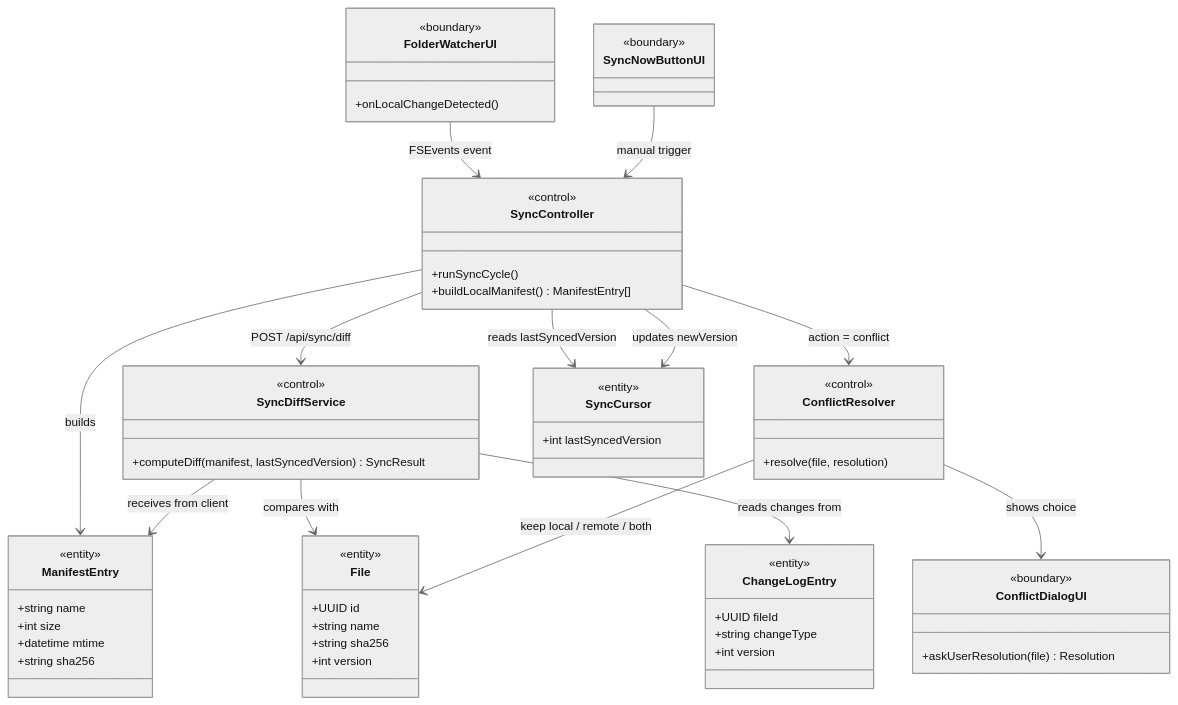
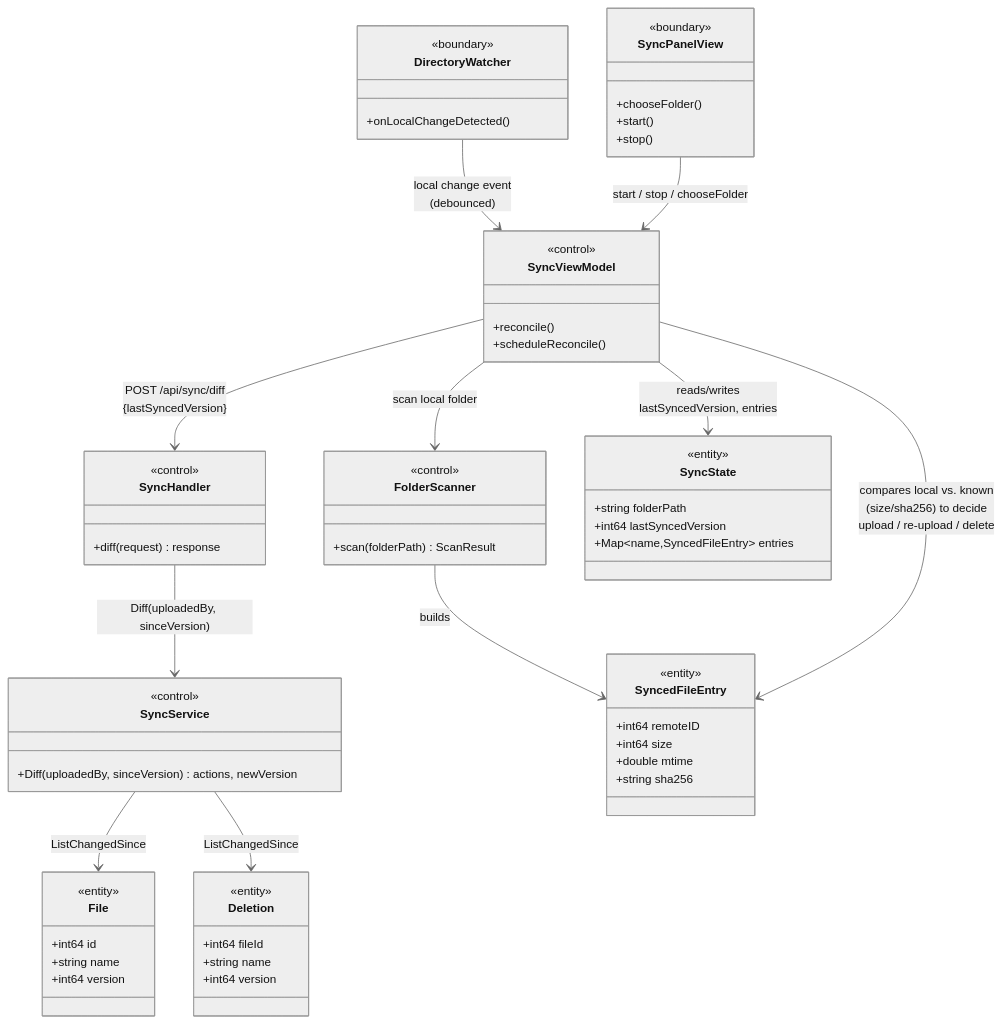
One commit to Shitcode-Swamp/file-space changed the diagram in docs/diagrams-uml/src/en/03-class-vopc-sync.mmd. Above: the diagram before and after it, drawn with Mermaid. The commit also changed 55 other files, not shown here.

Commit message:
Diagrams and report

```diff
--- a/docs/diagrams-uml/src/en/03-class-vopc-sync.mmd
+++ b/docs/diagrams-uml/src/en/03-class-vopc-sync.mmd
@@ -1,72 +1,74 @@
 %%{init: {'theme': 'neutral', 'themeVariables': {'fontSize': '15px'}}}%%
 classDiagram
-    class FolderWatcherUI {
+    class SyncPanelView {
+        <<boundary>>
+        +chooseFolder()
+        +start()
+        +stop()
+    }
+
+    class DirectoryWatcher {
         <<boundary>>
         +onLocalChangeDetected()
     }
 
-    class SyncNowButtonUI {
-        <<boundary>>
+    class SyncViewModel {
+        <<control>>
+        +reconcile()
+        +scheduleReconcile()
     }
 
-    class ConflictDialogUI {
-        <<boundary>>
-        +askUserResolution(file) Resolution
+    class SyncHandler {
+        <<control>>
+        +diff(request) response
     }
 
-    class SyncController {
+    class SyncService {
         <<control>>
-        +runSyncCycle()
-        +buildLocalManifest() ManifestEntry[]
+        +Diff(uploadedBy, sinceVersion) actions, newVersion
     }
 
-    class SyncDiffService {
+    class FolderScanner {
         <<control>>
-        +computeDiff(manifest, lastSyncedVersion) SyncResult
+        +scan(folderPath) ScanResult
     }
 
-    class ConflictResolver {
-        <<control>>
-        +resolve(file, resolution)
+    class SyncState {
+        <<entity>>
+        +string folderPath
+        +int64 lastSyncedVersion
+        +Map~name,SyncedFileEntry~ entries
     }
 
-    class ManifestEntry {
+    class SyncedFileEntry {
         <<entity>>
-        +string name
-        +int size
-        +datetime mtime
+        +int64 remoteID
+        +int64 size
+        +double mtime
         +string sha256
-    }
-
-    class SyncCursor {
-        <<entity>>
-        +int lastSyncedVersion
     }
 
     class File {
         <<entity>>
-        +UUID id
+        +int64 id
         +string name
-        +string sha256
-        +int version
+        +int64 version
     }
 
-    class ChangeLogEntry {
+    class Deletion {
         <<entity>>
-        +UUID fileId
-        +string changeType
-        +int version
+        +int64 fileId
+        +string name
+        +int64 version
     }
 
-    FolderWatcherUI --> SyncController : FSEvents event
-    SyncNowButtonUI --> SyncController : manual trigger
-    SyncController --> ManifestEntry : builds
-    SyncController --> SyncCursor : reads lastSyncedVersion
-    SyncController --> SyncDiffService : POST /api/sync/diff
-    SyncDiffService --> File : compares with
-    SyncDiffService --> ChangeLogEntry : reads changes from
-    SyncDiffService --> ManifestEntry : receives from client
-    SyncController --> ConflictResolver : action = conflict
-    ConflictResolver --> ConflictDialogUI : shows choice
-    ConflictResolver --> File : keep local / remote / both
-    SyncController --> SyncCursor : updates newVersion
+    DirectoryWatcher --> SyncViewModel : local change event<br/>(debounced)
+    SyncViewModel --> SyncState : reads/writes<br/>lastSyncedVersion, entries
+    SyncViewModel --> SyncHandler : POST /api/sync/diff<br/>{lastSyncedVersion}
+    SyncHandler --> SyncService : Diff(uploadedBy, sinceVersion)
+    SyncService --> File : ListChangedSince
+    SyncService --> Deletion : ListChangedSince
+    SyncViewModel --> FolderScanner : scan local folder
+    FolderScanner --> SyncedFileEntry : builds
+    SyncViewModel --> SyncedFileEntry : compares local vs. known<br/>(size/sha256) to decide<br/>upload / re-upload / delete
+    SyncPanelView --> SyncViewModel : start / stop / chooseFolder
```
